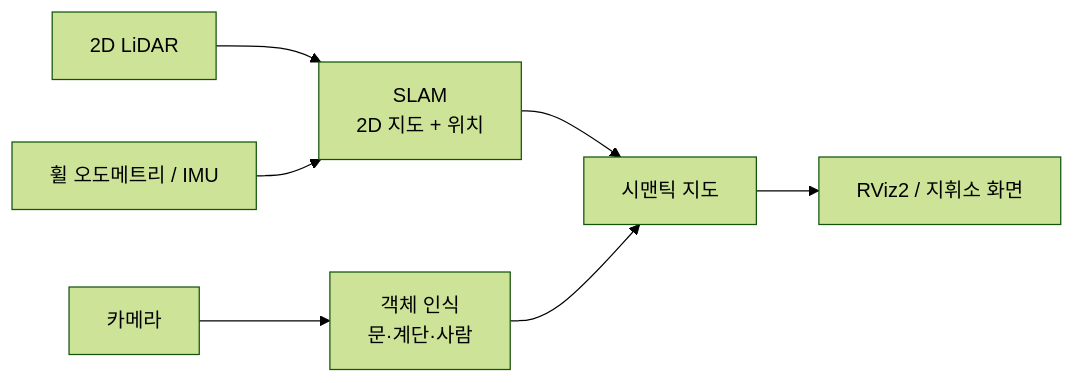
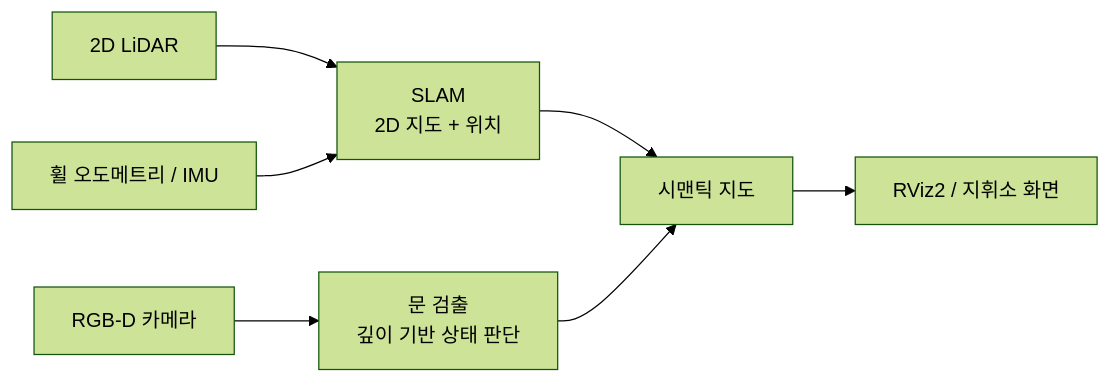
The diagram in README.md (find-door/find-door), drawn with Mermaid (forest theme) before and after one commit. The commit also changed other lines of this file and 3 other files, not shown here.

````diff
--- a/README.md
+++ b/README.md
@@ -35,9 +42,9 @@
 ```mermaid
 flowchart LR
   L["2D LiDAR"] --> S["SLAM<br>2D 지도 + 위치"]
   O["휠 오도메트리 / IMU"] --> S
-  C["카메라"] --> D["객체 인식<br>문·계단·사람"]
+  C["RGB-D 카메라"] --> D["문 검출<br>깊이 기반 상태 판단"]
   S --> M["시맨틱 지도"]
   D --> M
   M --> R["RViz2 / 지휘소 화면"]
 ```
````
